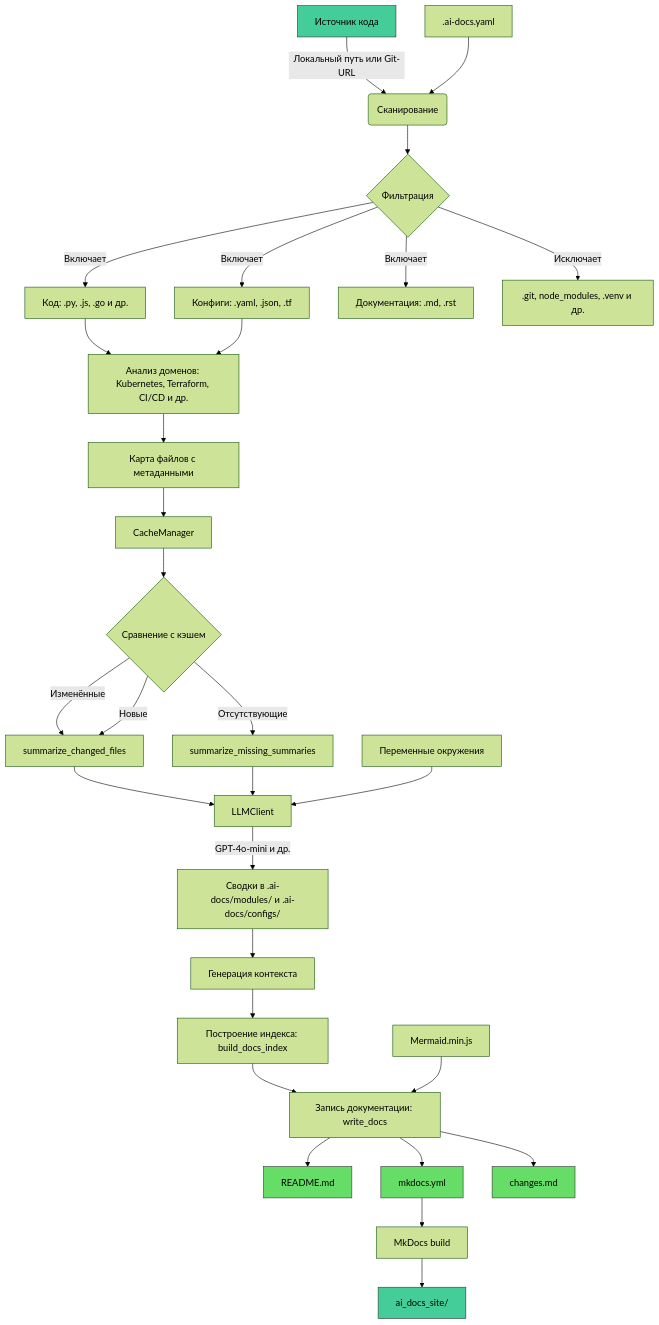
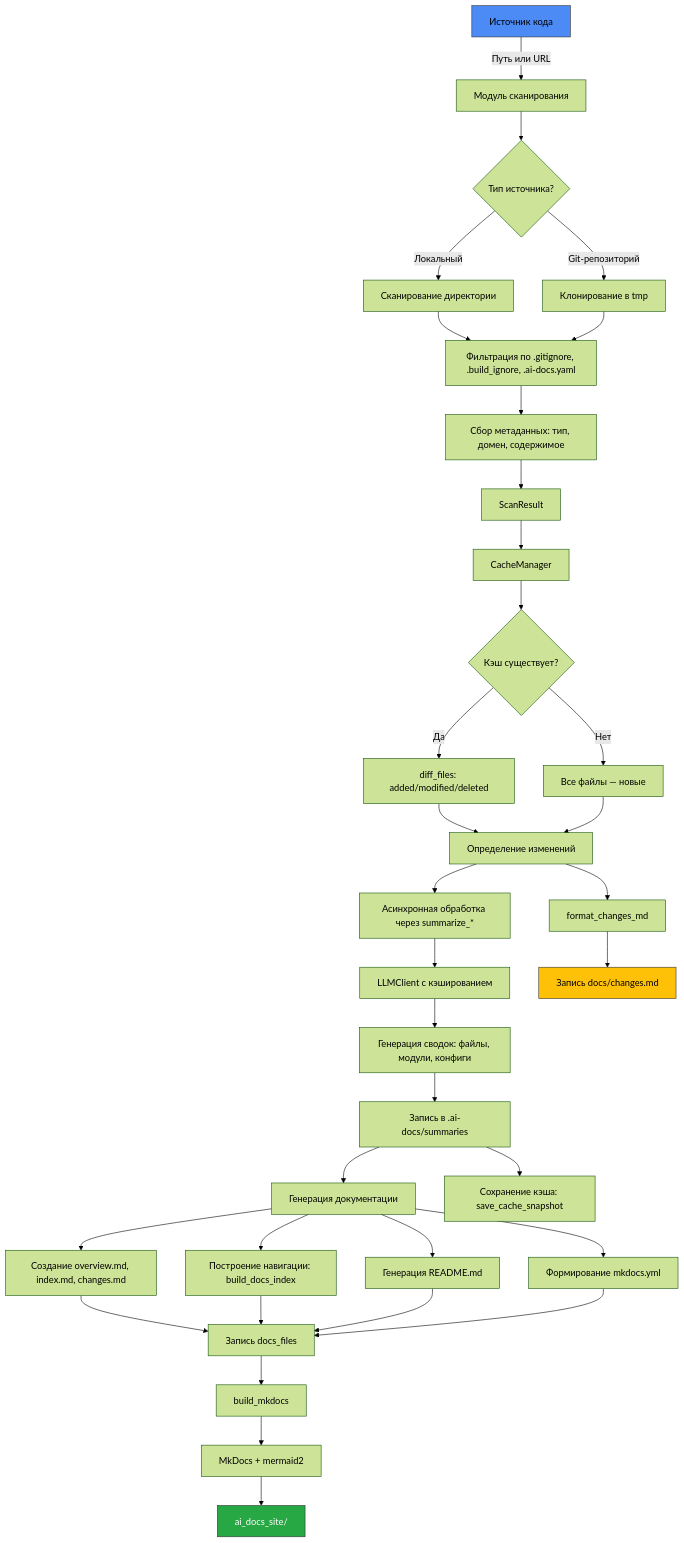
One commit to LKosoj/ai-docs changed the diagram in .ai-docs/architecture.md. Above: the diagram before and after it, drawn with Mermaid (forest theme). The commit also changed other lines of this file and 31 other files, not shown here.

````diff
--- a/.ai-docs/architecture.md
+++ b/.ai-docs/architecture.md
@@ -3,36 +3,40 @@
 ```mermaid
 graph TD
-    A[Источник кода] -->|Локальный путь или Git-URL| B(Сканирование)
-    B --> C{Фильтрация}
-    C -->|Включает| D[Код: .py, .js, .go и др.]
-    C -->|Включает| E[Конфиги: .yaml, .json, .tf]
-    C -->|Включает| F[Документация: .md, .rst]
-    C -->|Исключает| G[.git, node_modules, .venv и др.]
-    D --> H[Анализ доменов: Kubernetes, Terraform, CI/CD и др.]
-    E --> H
-    H --> I[Карта файлов с метаданными]
-    I --> J[CacheManager]
-    J --> K{Сравнение с кэшем}
-    K -->|Изменённые| L[summarize_changed_files]
-    K -->|Новые| L
-    K -->|Отсутствующие| M[summarize_missing_summaries]
-    L --> N[LLMClient]
-    M --> N
-    N -->|GPT-4o-mini и др.| O[Сводки в .ai-docs/modules/ и .ai-docs/configs/]
-    O --> P[Генерация контекста]
-    P --> Q[Построение индекса: build_docs_index]
-    Q --> R[Запись документации: write_docs]
-    R --> S[README.md]
-    R --> T[mkdocs.yml]
-    R --> U[changes.md]
-    T --> V[MkDocs build]
-    V --> W[ai_docs_site/]
-    X[Mermaid.min.js] --> R
-    Y[.ai-docs.yaml] --> B
-    Z[Переменные окружения] --> N
-    style A fill:#4C9,stroke:#333
-    style W fill:#4C9,stroke:#333
-    style S fill:#6D6,stroke:#333
-    style T fill:#6D6,stroke:#333
-    style U fill:#6D6,stroke:#333
-```
+    A[Источник кода] -->|Путь или URL| B[Модуль сканирования]
+    B --> C{Тип источника?}
+    C -->|Локальный| D[Сканирование директории]
+    C -->|Git-репозиторий| E[Клонирование в tmp]
+    D --> F[Фильтрация по .gitignore, .build_ignore, .ai-docs.yaml]
+    E --> F
+    F --> G[Сбор метаданных: тип, домен, содержимое]
+    G --> H[ScanResult]
+    H --> I[CacheManager]
+    I --> J{Кэш существует?}
+    J -->|Да| K[diff_files: added/modified/deleted]
+    J -->|Нет| L[Все файлы — новые]
+    K --> M[Определение изменений]
+    L --> M
+    M --> N[Асинхронная обработка через summarize_*]
+    N --> O[LLMClient с кэшированием]
+    O --> P[Генерация сводок: файлы, модули, конфиги]
+    P --> Q[Запись в .ai-docs/summaries]
+    Q --> R[Генерация документации]
+    R --> S[Создание overview.md, index.md, changes.md]
+    R --> T[Построение навигации: build_docs_index]
+    R --> U[Генерация README.md]
+    R --> V[Формирование mkdocs.yml]
+    S --> W[Запись docs_files]
+    T --> W
+    U --> W
+    V --> W
+    W --> X[build_mkdocs]
+    X --> Y[MkDocs + mermaid2]
+    Y --> Z[ai_docs_site/]
+    Q --> AA[Сохранение кэша: save_cache_snapshot]
+    M --> AB[format_changes_md]
+    AB --> AC[Запись docs/changes.md]
+
+    style A fill:#4C8BF5,stroke:#333
+    style Z fill:#28a745,stroke:#333,color:#fff
+    style AC fill:#FFC107,stroke:#333
+``` 
````
